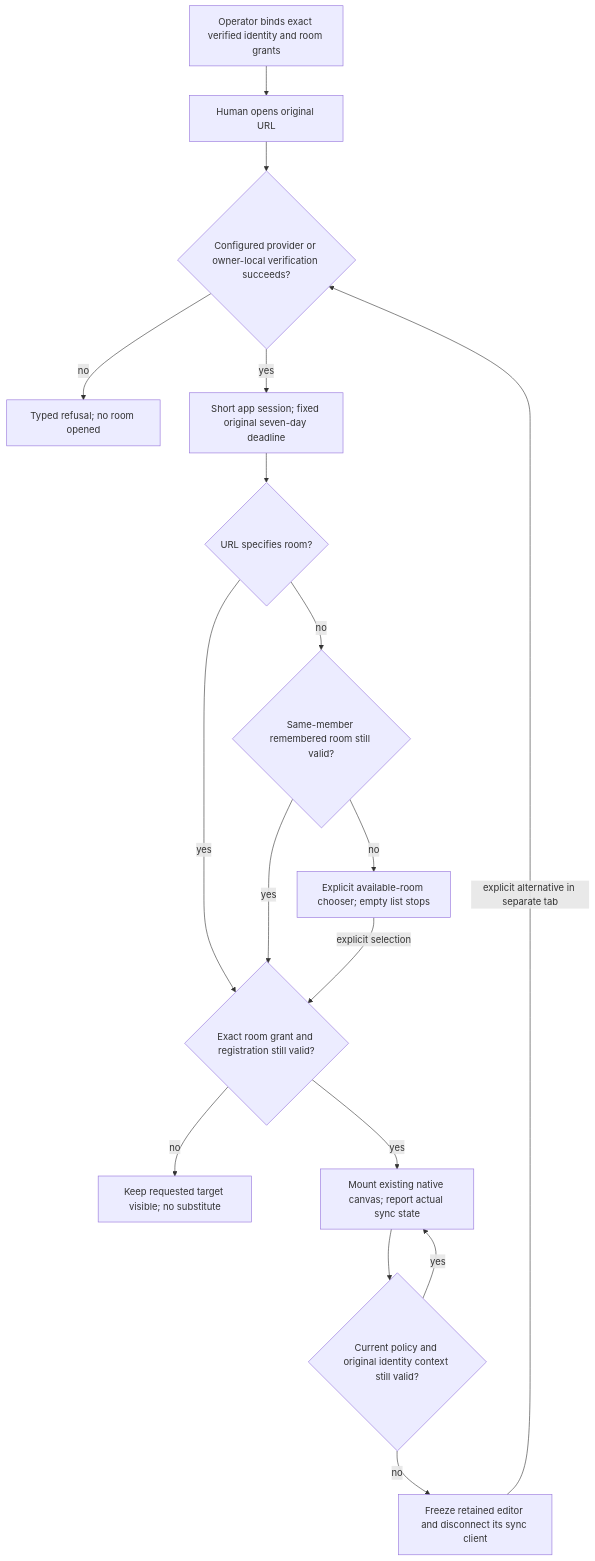
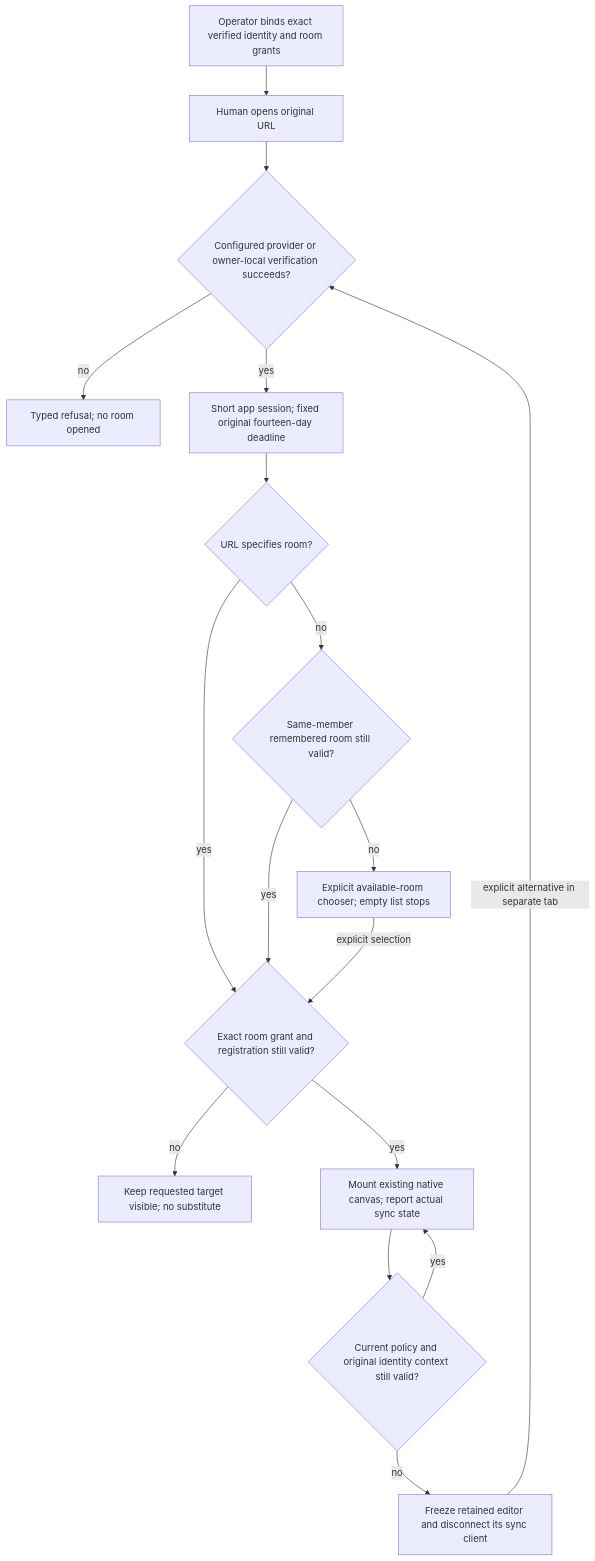
Before and after one commit to iamcxa/kc-claude-plugins: the diagram in docs/journey/kc-journey-map/private-entry.md, drawn with Mermaid. The commit also changed other lines of this file and 8 other files, not shown here.

````diff
--- a/docs/journey/kc-journey-map/private-entry.md
+++ b/docs/journey/kc-journey-map/private-entry.md
@@ -75,19 +79,19 @@
 ```mermaid
 flowchart TD
  O[Operator binds exact verified identity and room grants] --> H[Human opens original URL]
  H --> V{Configured provider or owner-local verification succeeds?}
  V -- no --> X[Typed refusal; no room opened]
- V -- yes --> S[Short app session; fixed original seven-day deadline]
+ V -- yes --> S[Short app session; fixed original fourteen-day deadline]
  S --> U{URL specifies room?}
  U -- yes --> A{Exact room grant and registration still valid?}
  U -- no --> R{Same-member remembered room still valid?}
  R -- no --> C[Explicit available-room chooser; empty list stops]
  R -- yes --> A
  C -- explicit selection --> A
  A -- no --> D[Keep requested target visible; no substitute]
  A -- yes --> N[Mount existing native canvas; report actual sync state]
  N --> P{Current policy and original identity context still valid?}
  P -- yes --> N
  P -- no --> F[Freeze retained editor and disconnect its sync client]
  F -- explicit alternative in separate tab --> V
 ```
````
